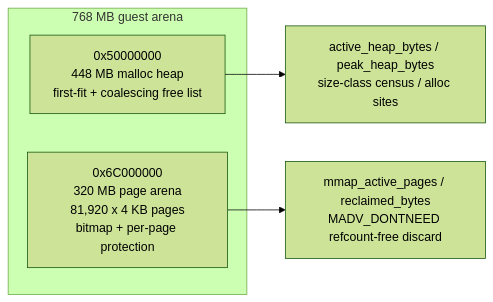
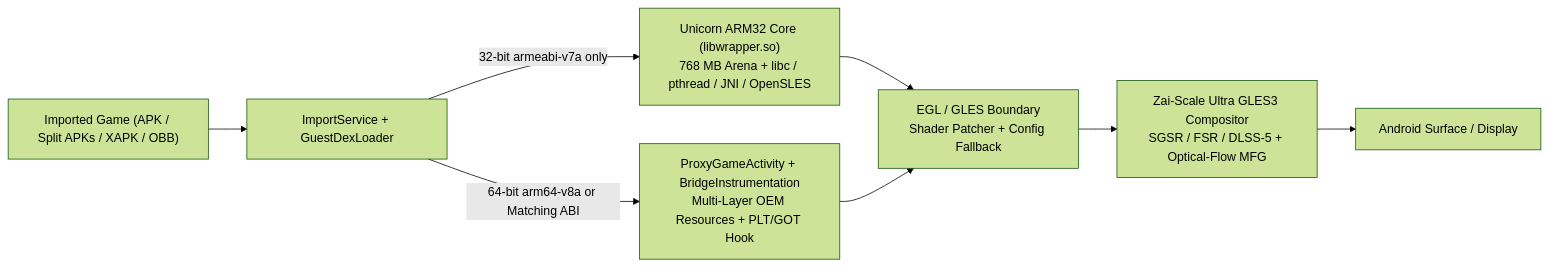
Before and after one commit to mohdziauddin2006-cloud/zai-bridge: the diagram in README.md, drawn with Mermaid (forest theme). The commit also changed other lines of this file and 50 other files, not shown here.

Commit message:
release(v3.2.1): universal Android 8-16 OEM Resources fix, accurate hardware profiler, clean repo & new README

````diff
--- a/README.md
+++ b/README.md
@@ -118,9 +53,10 @@
 ```mermaid
 flowchart LR
-    subgraph Arena["768 MB guest arena"]
-        A["0x50000000<br/>448 MB malloc heap<br/>first-fit + coalescing free list"]
-        B["0x6C000000<br/>320 MB page arena<br/>81,920 x 4 KB pages<br/>bitmap + per-page protection"]
-    end
-    A --> C["active_heap_bytes / peak_heap_bytes<br/>size-class census / alloc sites"]
-    B --> D["mmap_active_pages / reclaimed_bytes<br/>MADV_DONTNEED refcount-free discard"]
+    APK["Imported Game (APK / Split APKs / XAPK / OBB)"] --> IMP["ImportService + GuestDexLoader"]
+    IMP -->|32-bit armeabi-v7a only| U32["Unicorn ARM32 Core (libwrapper.so)<br/>768 MB Arena + libc / pthread / JNI / OpenSLES"]
+    IMP -->|64-bit arm64-v8a or Matching ABI| N64["ProxyGameActivity + BridgeInstrumentation<br/>Multi-Layer OEM Resources + PLT/GOT Hook"]
+    U32 --> EGL["EGL / GLES Boundary<br/>Shader Patcher + Config Fallback"]
+    N64 --> EGL
+    EGL --> COMP["Zai-Scale Ultra GLES3 Compositor<br/>SGSR / FSR / DLSS-5 + Optical-Flow MFG"]
+    COMP --> DISP["Android Surface / Display"]
 ```
````
